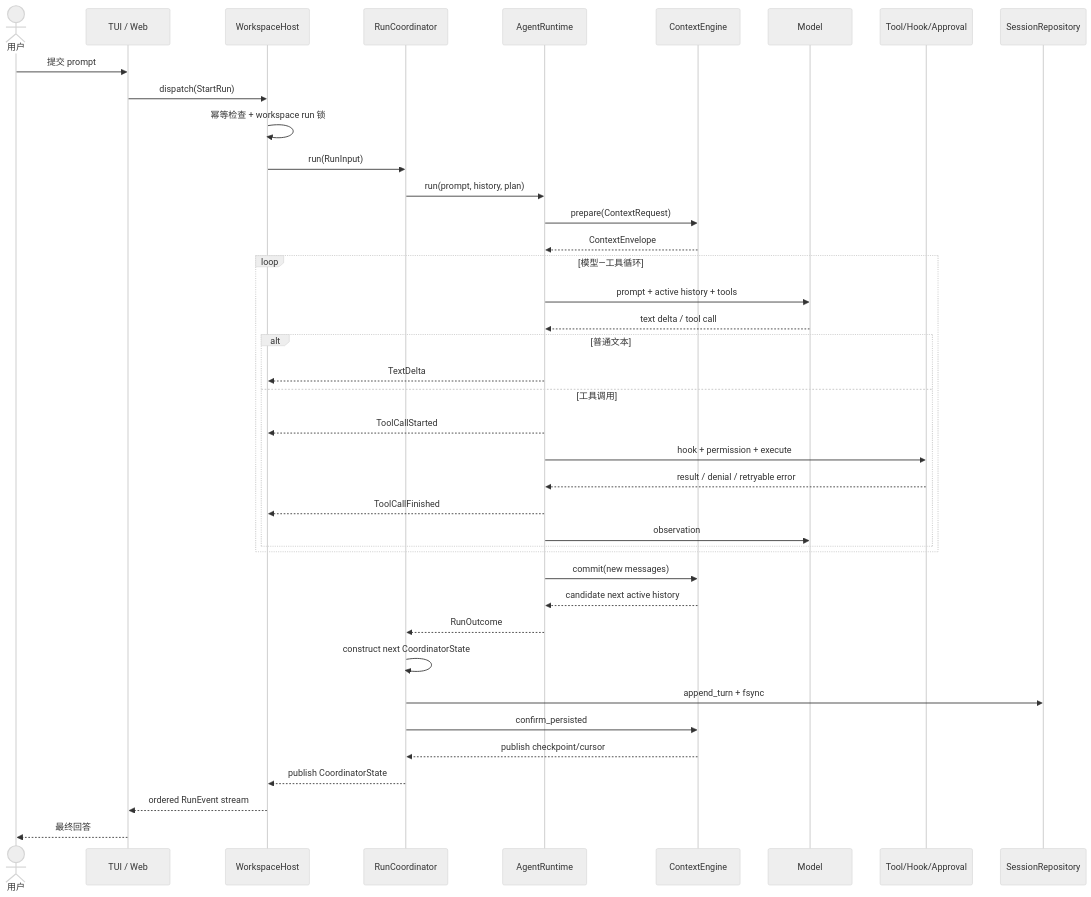
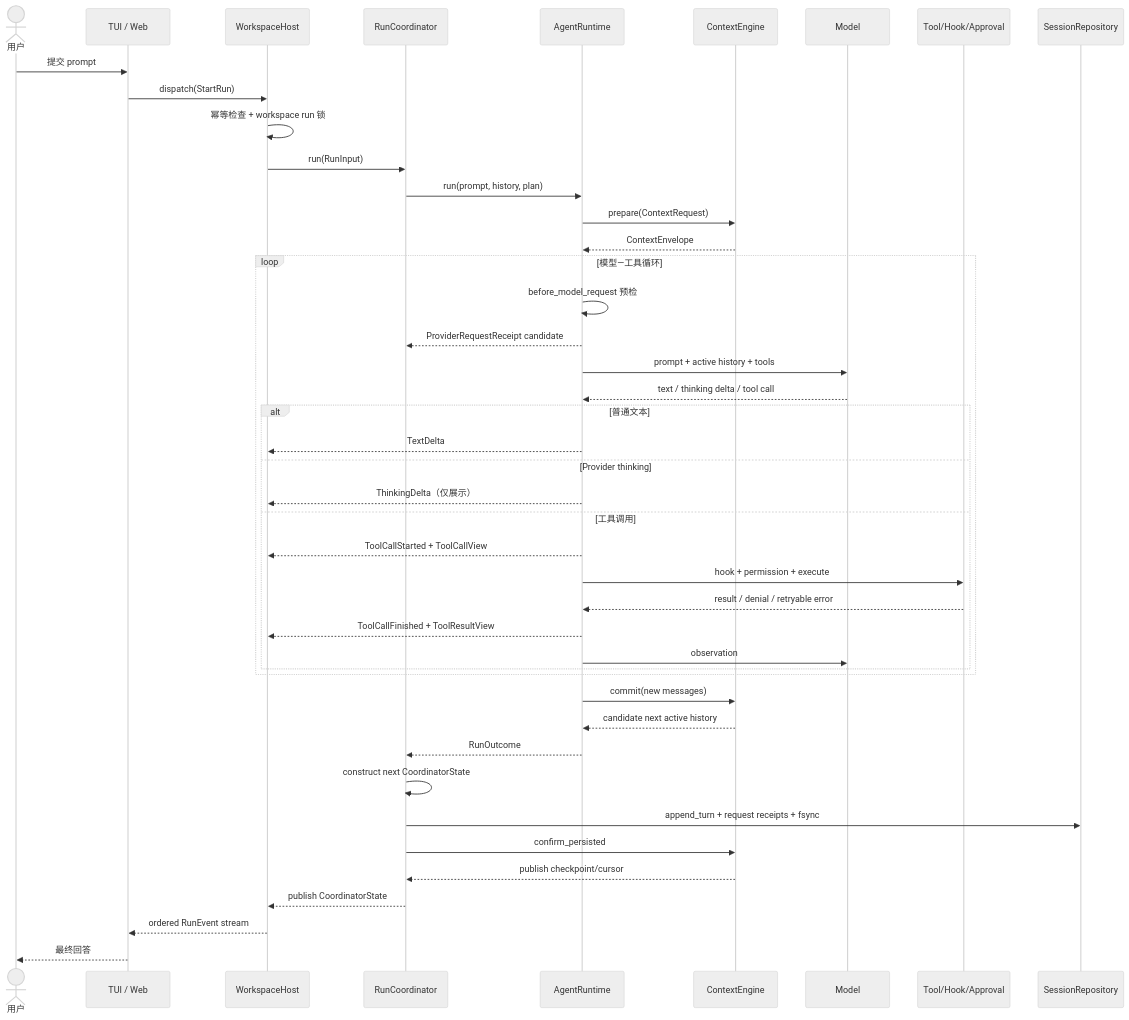
The first of 2 diagrams in docs/architecture-guide/02-agent-runtime-flow.md (JasonYZzz/lumen), drawn with Mermaid (neutral theme) before and after one commit. The commit also changed other lines of this file and 162 other files, not shown here.

````diff
--- a/docs/architecture-guide/02-agent-runtime-flow.md
+++ b/docs/architecture-guide/02-agent-runtime-flow.md
@@ -5,45 +5,49 @@
 ```mermaid
 sequenceDiagram
     actor U as 用户
     participant C as TUI / Web
     participant H as WorkspaceHost
     participant R as RunCoordinator
     participant A as AgentRuntime
     participant X as ContextEngine
     participant M as Model
     participant T as Tool/Hook/Approval
     participant S as SessionRepository
 
     U->>C: 提交 prompt
     C->>H: dispatch(StartRun)
     H->>H: 幂等检查 + workspace run 锁
     H->>R: run(RunInput)
     R->>A: run(prompt, history, plan)
     A->>X: prepare(ContextRequest)
     X-->>A: ContextEnvelope
 
     loop 模型—工具循环
+        A->>A: before_model_request 预检
+        A-->>R: ProviderRequestReceipt candidate
         A->>M: prompt + active history + tools
-        M-->>A: text delta / tool call
+        M-->>A: text / thinking delta / tool call
         alt 普通文本
             A-->>H: TextDelta
+        else Provider thinking
+            A-->>H: ThinkingDelta（仅展示）
         else 工具调用
-            A-->>H: ToolCallStarted
+            A-->>H: ToolCallStarted + ToolCallView
             A->>T: hook + permission + execute
             T-->>A: result / denial / retryable error
-            A-->>H: ToolCallFinished
+            A-->>H: ToolCallFinished + ToolResultView
             A->>M: observation
         end
     end
 
     A->>X: commit(new messages)
     X-->>A: candidate next active history
     A-->>R: RunOutcome
     R->>R: construct next CoordinatorState
-    R->>S: append_turn + fsync
+    R->>S: append_turn + request receipts + fsync
     R->>X: confirm_persisted
     X-->>R: publish checkpoint/cursor
     R-->>H: publish CoordinatorState
     H-->>C: ordered RunEvent stream
     C-->>U: 最终回答
 ```
````
